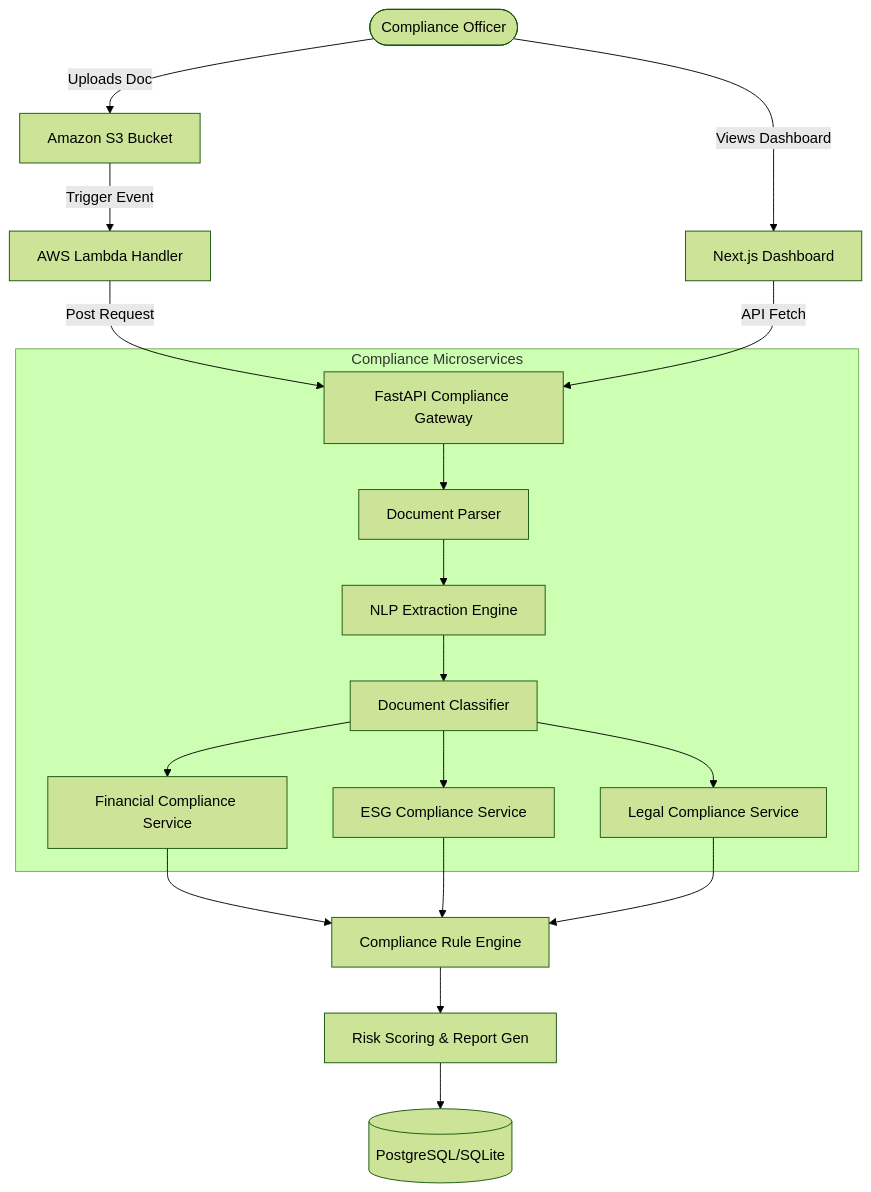
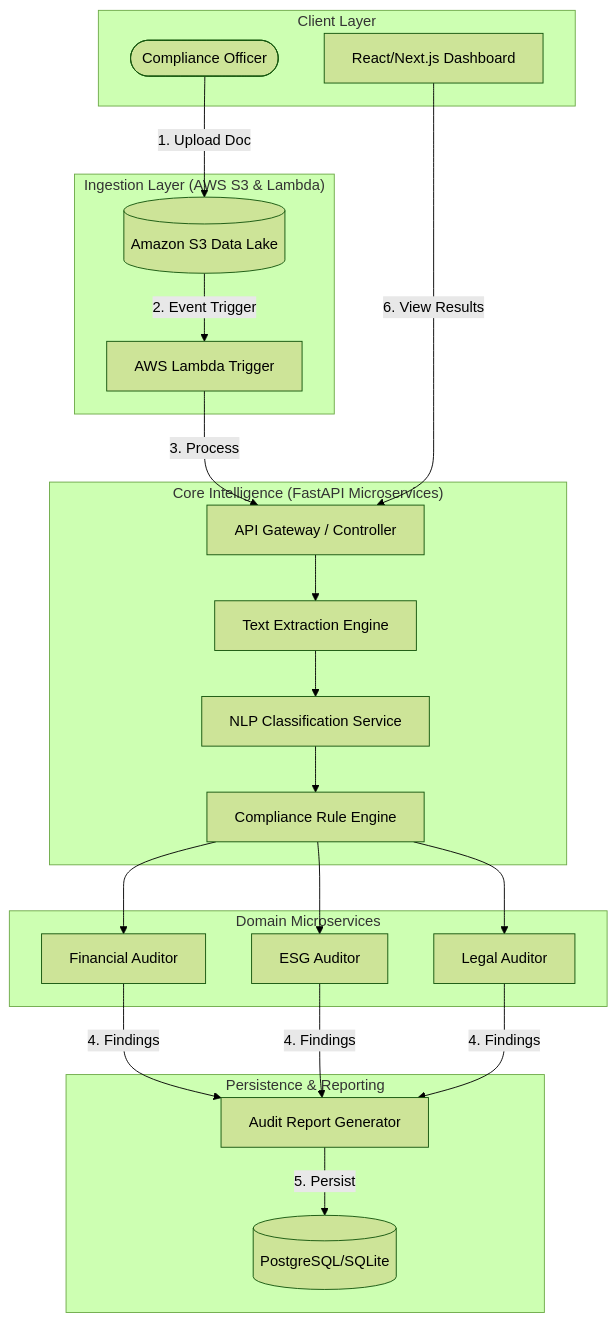
One commit to iruma-kun/capstone changed the diagram in README.md. Above: the diagram before and after it, drawn with Mermaid (forest theme). The commit also changed other lines of this file and 11 other files, not shown here.

````diff
--- a/README.md
+++ b/README.md
@@ -13,26 +34,41 @@
 ```mermaid
 graph TD
-    User([Compliance Officer]) -- Uploads Doc --> S3[Amazon S3 Bucket]
-    S3 -- Trigger Event --> Lambda[AWS Lambda Handler]
-    Lambda -- Post Request --> API[FastAPI Compliance Gateway]
-
-    subgraph "Compliance Microservices"
-        API --> Parser[Document Parser]
-        Parser --> NLP[NLP Extraction Engine]
-        NLP --> Classify[Document Classifier]
-
-        Classify --> Finance[Financial Compliance Service]
-        Classify --> ESG[ESG Compliance Service]
-        Classify --> Legal[Legal Compliance Service]
+    subgraph "Client Layer"
+        User([Compliance Officer])
+        Dashboard[React/Next.js Dashboard]
     end
 
-    Finance --> Rules[Compliance Rule Engine]
-    ESG --> Rules
-    Legal --> Rules
+    subgraph "Ingestion Layer (AWS S3 & Lambda)"
+        S3[(Amazon S3 Data Lake)]
+        Lambda[AWS Lambda Trigger]
+    end
 
-    Rules --> Risk[Risk Scoring & Report Gen]
-    Risk --> DB[(PostgreSQL/SQLite)]
+    subgraph "Core Intelligence (FastAPI Microservices)"
+        API[API Gateway / Controller]
+        Parser[Text Extraction Engine]
+        NLP[NLP Classification Service]
+        RuleEngine[Compliance Rule Engine]
+    end
 
-    User -- Views Dashboard --> Frontend[Next.js Dashboard]
-    Frontend -- API Fetch --> API
+    subgraph "Domain Microservices"
+        Finance[Financial Auditor]
+        ESG[ESG Auditor]
+        Legal[Legal Auditor]
+    end
+
+    subgraph "Persistence & Reporting"
+        DB[(PostgreSQL/SQLite)]
+        ReportGen[Audit Report Generator]
+    end
+
+    User -- "1. Upload Doc" --> S3
+    S3 -- "2. Event Trigger" --> Lambda
+    Lambda -- "3. Process" --> API
+    API --> Parser --> NLP --> RuleEngine
+    RuleEngine --> Finance
+    RuleEngine --> ESG
+    RuleEngine --> Legal
+    Finance & ESG & Legal -- "4. Findings" --> ReportGen
+    ReportGen -- "5. Persist" --> DB
+    Dashboard -- "6. View Results" --> API
 ```
````
